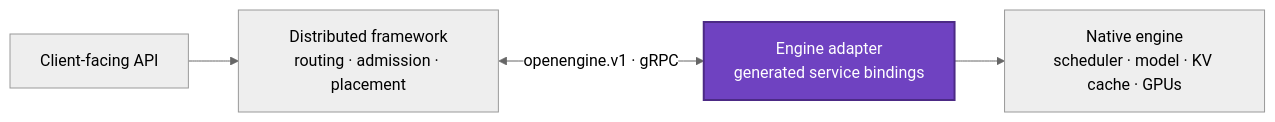
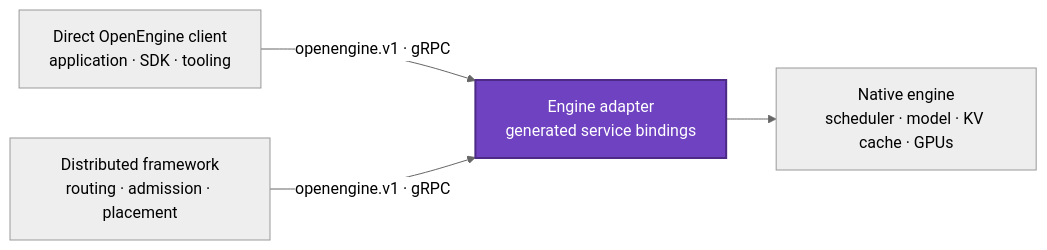
The diagram in README.md (ai-dynamo/openengine), drawn with Mermaid (neutral theme) before and after one commit. The commit also changed other lines of this file, not shown here.

````diff
--- a/README.md
+++ b/README.md
@@ -114,9 +83,11 @@
 ```mermaid
 flowchart LR
-    C["Client-facing API"] --> O["Distributed framework<br/>routing · admission · placement"]
-    O <-->|"openengine.v1 · gRPC"| A["Engine adapter<br/>generated service bindings"]
+    D["Direct OpenEngine client<br/>application · SDK · tooling"]
+    F["Distributed framework<br/>routing · admission · placement"]
+    D -->|"openengine.v1 · gRPC"| A["Engine adapter<br/>generated service bindings"]
+    F -->|"openengine.v1 · gRPC"| A
     A --> E["Native engine<br/>scheduler · model · KV cache · GPUs"]
 
     classDef boundary fill:#6f42c1,color:#fff,stroke:#4c2a85,stroke-width:2px;
     class A boundary;
 ```
````
